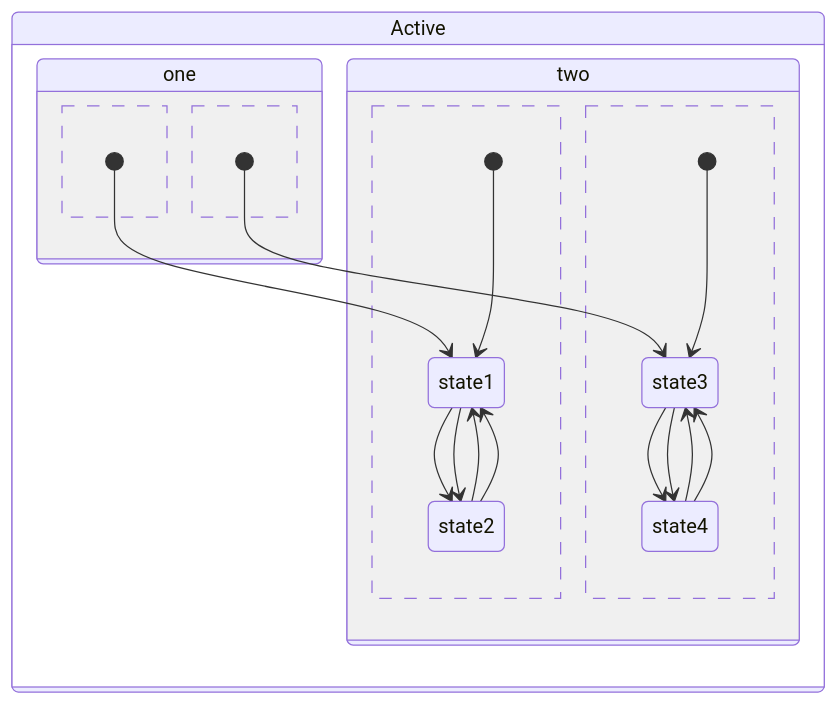
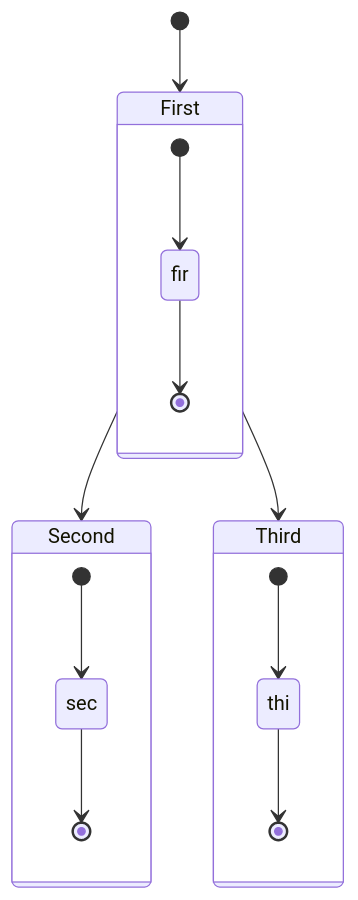
Before and after one commit to nomadli/nomadli.github.io: the fourth of 10 diagrams in _posts/2015-12-02-Markdown.md, drawn with Mermaid. The commit also changed other lines of this file and 5 other files, not shown here.

````diff
--- a/_posts/2015-12-02-Markdown.md
+++ b/_posts/2015-12-02-Markdown.md
@@ -81,23 +80,19 @@
     ```mermaid
-    stateDiagram
-	state Active {
-		state one {
-			[*] --> state1
-			state1 --> state2
-			state2 --> state1
-			--
-			[*] --> state3
-			state3 --> state4
-			state4 --> state3
-		}
-		state two {
-			[*] --> state1
-			state1 --> state2
-			state2 --> state1
-			--
-			[*] --> state3
-			state3 --> state4
-			state4 --> state3
-		}
+    stateDiagram-v2
+	[*] --> First
+	First --> Second
+	First --> Third
+	
+	state First {
+	    [*] --> fir
+	    fir --> [*]
 	}
-    ```
+	state Second {
+	    [*] --> sec
+	    sec --> [*]
+	}
+	state Third {
+	    [*] --> thi
+	    thi --> [*]
+	}
+	```
````
